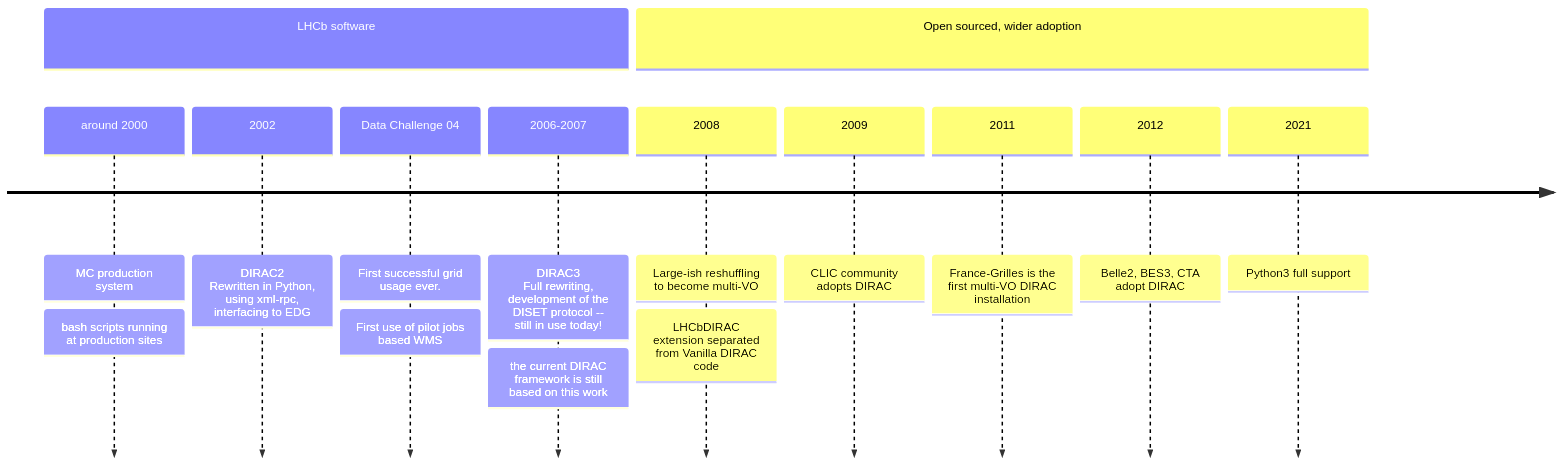
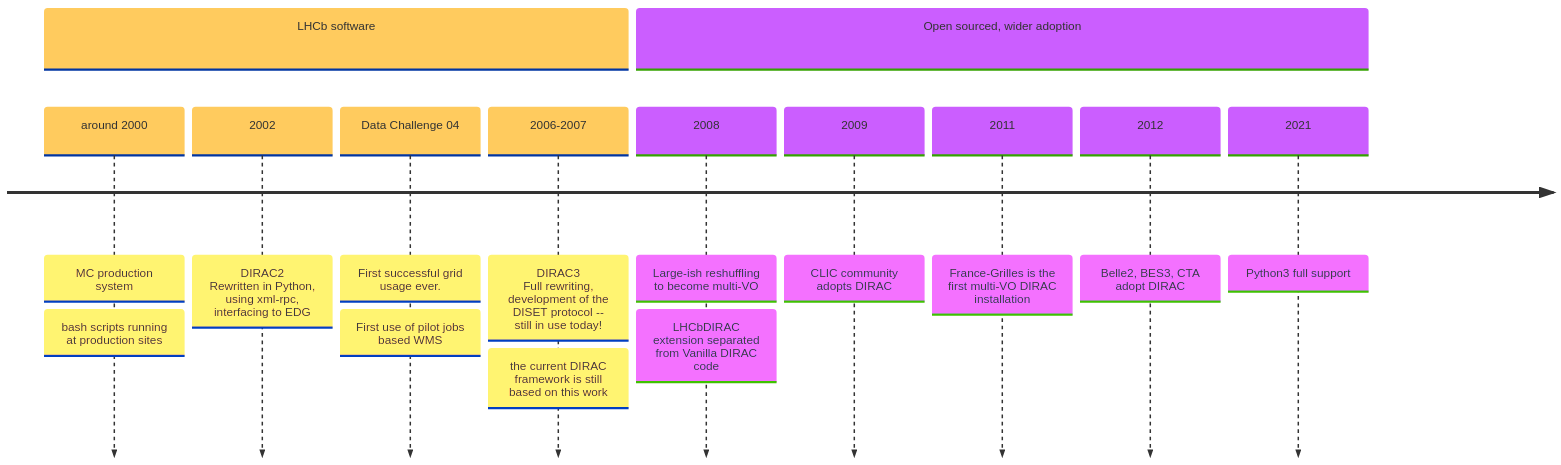
Before and after one commit to Soap2G/atlas-opendata-infrastructure: the first of 7 diagrams in slides.md, drawn with Mermaid. The commit also changed other lines of this file and 1 other file, not shown here.

````diff
--- a/slides.md
+++ b/slides.md
@@ -93,17 +93,18 @@
 ```mermaid
+%%{init: { 'logLevel': 'debug', 'theme': 'base', 'timeline': {'disableMulticolor': true}}}%%
 timeline
         section LHCb software
           around 2000 : MC production system: bash scripts running at production sites
           2002 : DIRAC2 <br> Rewritten in Python, using xml-rpc, interfacing to EDG
           Data Challenge 04 : First successful grid usage ever.
                             : First use of pilot jobs based WMS
           2006-2007 : DIRAC3<br> Full rewriting, development of the DISET protocol -- still in use today!
                     : the current DIRAC framework is still based on this work
         section Open sourced, wider adoption
           2008 : Large-ish reshuffling to become multi-VO
                : LHCbDIRAC extension separated from Vanilla DIRAC code
           2009 : CLIC community adopts DIRAC
           2011 : France-Grilles is the first multi-VO DIRAC installation
           2012 : Belle2, BES3, CTA adopt DIRAC
           2021 : Python3 full support
 ```
````
